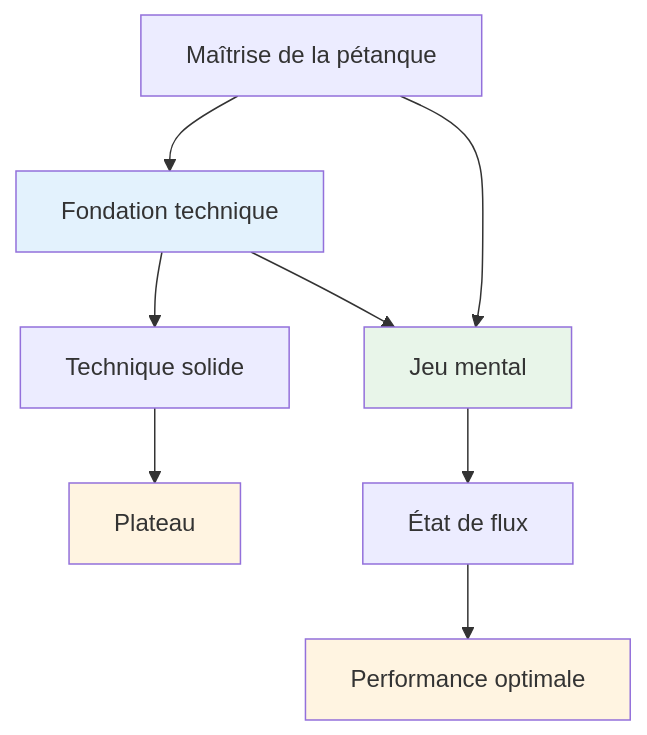
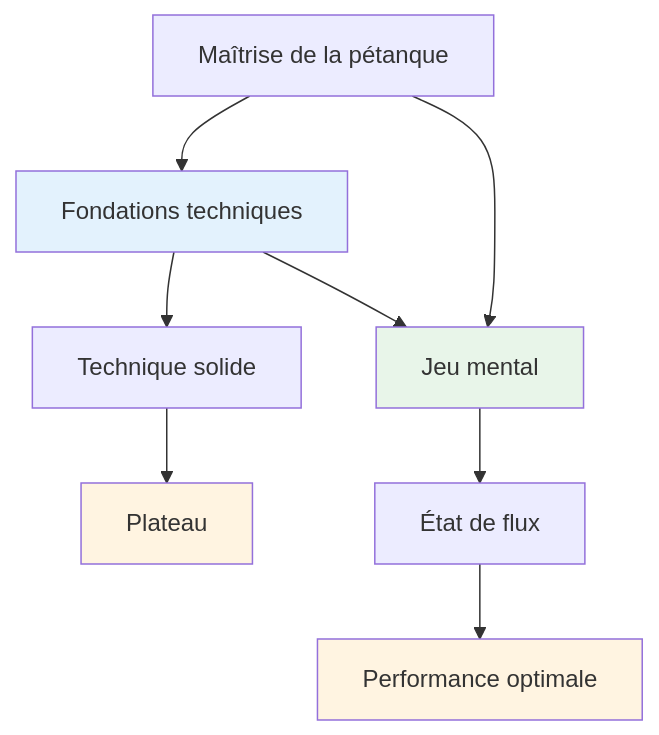
Before and after one commit to patwii/petanque-academy: the first of 2 diagrams in docs/fr/technical/index.md, drawn with Mermaid. The commit also changed other lines of this file and 532 other files, not shown here.

````diff
--- a/docs/fr/technical/index.md
+++ b/docs/fr/technical/index.md
@@ -13,18 +13,18 @@
 ```mermaid
 graph TD
-    A[Maîtrise de la pétanque] --> B[Fondation technique]
+    A[Maîtrise de la pétanque] --> B[Fondations techniques]
     A --> C[Jeu mental]
 
     B --> D[Technique solide]
     D --> E[Plateau]
 
     C --> F[État de flux]
     F --> G[Performance optimale]
 
     B --> C
 
     style B fill:#e3f2fd
     style C fill:#e8f5e9
     style E fill:#fff4e1
     style G fill:#fff4e1
 ```
````
